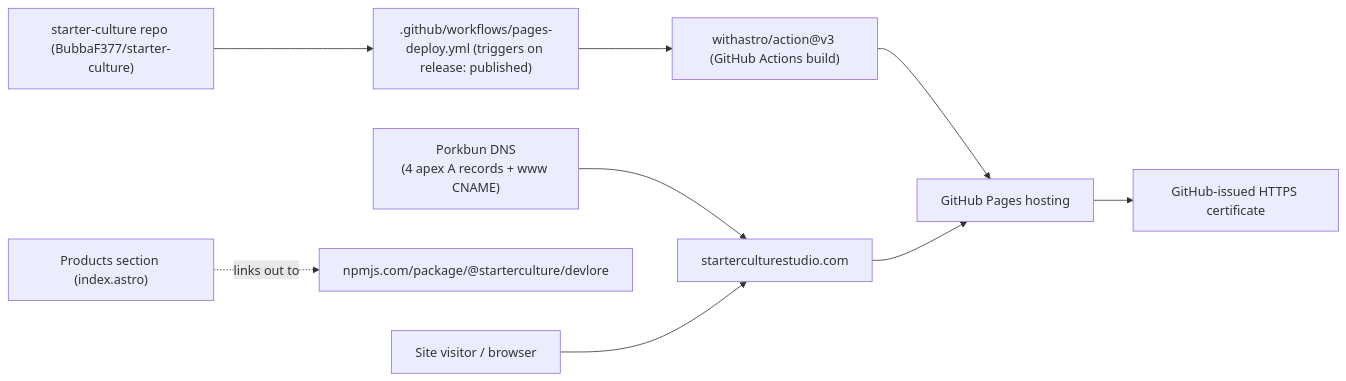
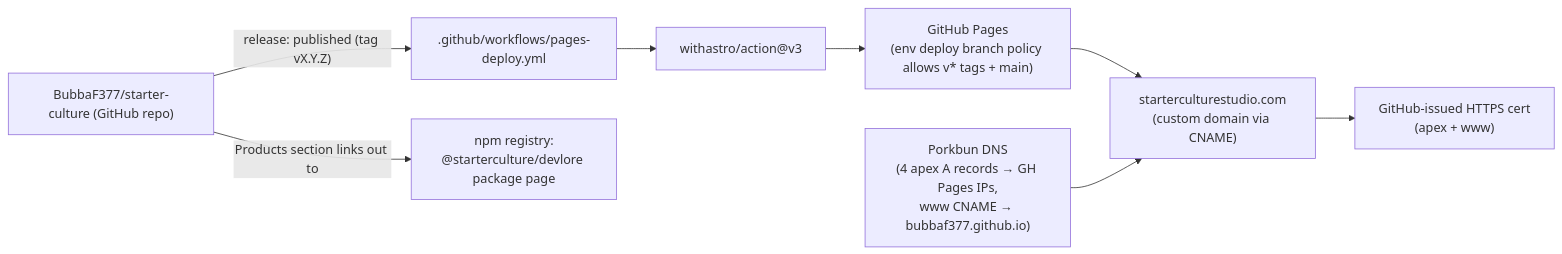
The second of 3 diagrams in docs/VISUALIZER.md (BubbaF377/starter-culture), drawn with Mermaid before and after one commit. The commit also changed other lines of this file, not shown here.

Commit message:
Update visualizer (requirements changed): starter-culture

````diff
--- a/docs/VISUALIZER.md
+++ b/docs/VISUALIZER.md
@@ -51,19 +50,19 @@
 ```mermaid
 graph LR
-    Repo["starter-culture repo (BubbaF377/starter-culture)"]
-    Action["withastro/action@v3 (GitHub Actions build)"]
-    Workflow[".github/workflows/pages-deploy.yml (triggers on release: published)"]
-    Pages["GitHub Pages hosting"]
-    DNS["Porkbun DNS\n(4 apex A records + www CNAME)"]
-    Domain["starterculturestudio.com"]
-    Cert["GitHub-issued HTTPS certificate"]
-    NPM["npmjs.com/package/@starterculture/devlore"]
-    User["Site visitor / browser"]
+    Repo["BubbaF377/starter-culture (GitHub repo)"]
+    Workflow[".github/workflows/pages-deploy.yml"]
+    Action["withastro/action@v3"]
+    Pages["GitHub Pages<br/>(env deploy branch policy allows v* tags + main)"]
+    Domain["starterculturestudio.com<br/>(custom domain via CNAME)"]
+    Porkbun["Porkbun DNS<br/>(4 apex A records → GH Pages IPs,<br/>www CNAME → bubbaf377.github.io)"]
+    Cert["GitHub-issued HTTPS cert<br/>(apex + www)"]
+    Npm["npm registry:<br/>@starterculture/devlore package page"]
 
-    Repo --> Workflow --> Action --> Pages
-    Pages --> Cert
-    DNS --> Domain
-    Domain --> Pages
-    User --> Domain
-    Index2["Products section (index.astro)"] -. links out to .-> NPM
+    Repo -- "release: published (tag vX.Y.Z)" --> Workflow
+    Workflow --> Action
+    Action --> Pages
+    Pages --> Domain
+    Porkbun --> Domain
+    Domain --> Cert
+    Repo -- "Products section links out to" --> Npm
 ```
````
